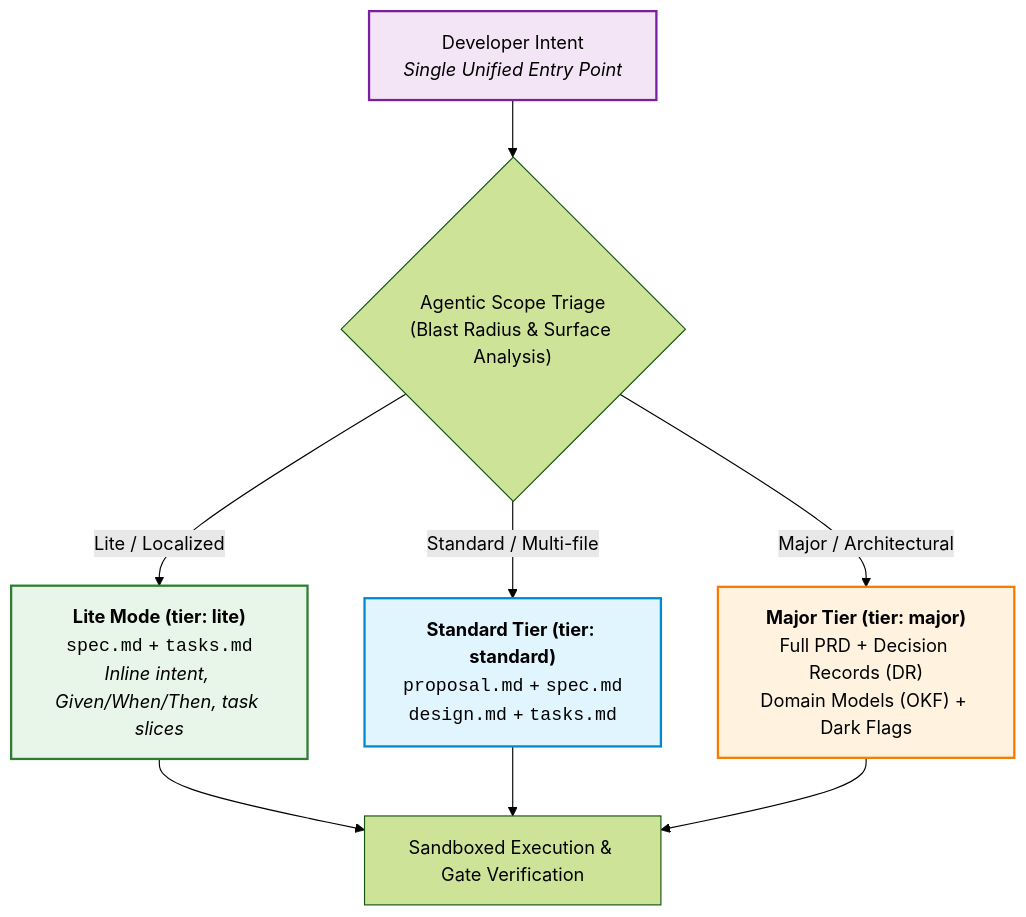
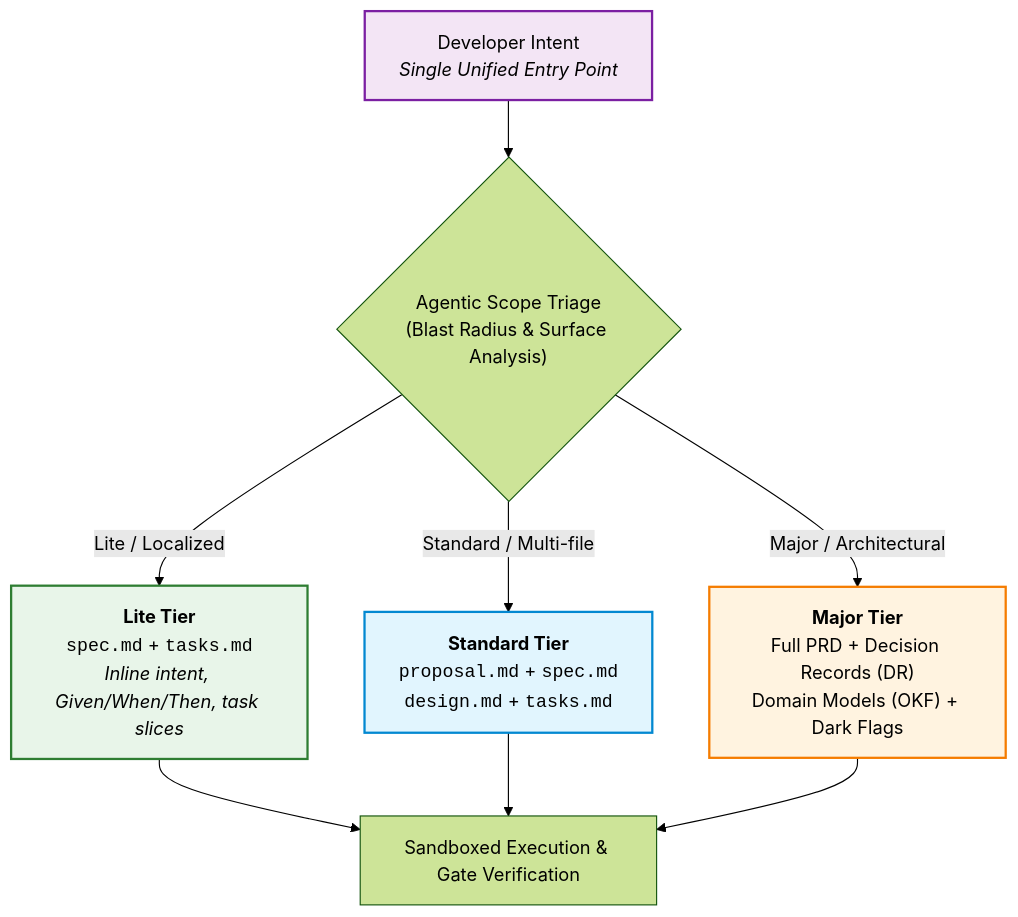
One commit to keolo/keolo-com changed the second of 3 diagrams in content/posts/planned-vs-unplanned-work-in-agentic-development.md. Above: the diagram before and after it, drawn with Mermaid (forest theme). The commit also changed other lines of this file, not shown here.

Commit message:
docs(blog): refine entry point assumptions, adopt Lite Tier, and clean up redundant asides

````diff
--- a/content/posts/planned-vs-unplanned-work-in-agentic-development.md
+++ b/content/posts/planned-vs-unplanned-work-in-agentic-development.md
@@ -41,17 +41,17 @@
 ```mermaid
 flowchart TD
     Prompt["Developer Intent<br/><i>Single Unified Entry Point</i>"] --> Triage{"Agentic Scope Triage<br/>(Blast Radius & Surface Analysis)"}
     
-    Triage -->|Lite / Localized| Lite["<b>Lite Mode (tier: lite)</b><br/><code>spec.md</code> + <code>tasks.md</code><br/><i>Inline intent, Given/When/Then, task slices</i>"]
-    Triage -->|Standard / Multi-file| Std["<b>Standard Tier (tier: standard)</b><br/><code>proposal.md</code> + <code>spec.md</code><br/><code>design.md</code> + <code>tasks.md</code>"]
-    Triage -->|Major / Architectural| Maj["<b>Major Tier (tier: major)</b><br/>Full PRD + Decision Records (DR)<br/>Domain Models (OKF) + Dark Flags"]
+    Triage -->|Lite / Localized| Lite["<b>Lite Tier</b><br/><code>spec.md</code> + <code>tasks.md</code><br/><i>Inline intent, Given/When/Then, task slices</i>"]
+    Triage -->|Standard / Multi-file| Std["<b>Standard Tier</b><br/><code>proposal.md</code> + <code>spec.md</code><br/><code>design.md</code> + <code>tasks.md</code>"]
+    Triage -->|Major / Architectural| Maj["<b>Major Tier</b><br/>Full PRD + Decision Records (DR)<br/>Domain Models (OKF) + Dark Flags"]
     
     Lite --> Build["Sandboxed Execution & Gate Verification"]
     Std --> Build
     Maj --> Build
 
     style Prompt fill:#f3e5f5,stroke:#7b1fa2,stroke-width:2px
     style Lite fill:#e8f5e9,stroke:#2e7d32,stroke-width:2px
     style Std fill:#e1f5fe,stroke:#0288d1,stroke-width:2px
     style Maj fill:#fff3e0,stroke:#f57c00,stroke-width:2px
 ```
````
